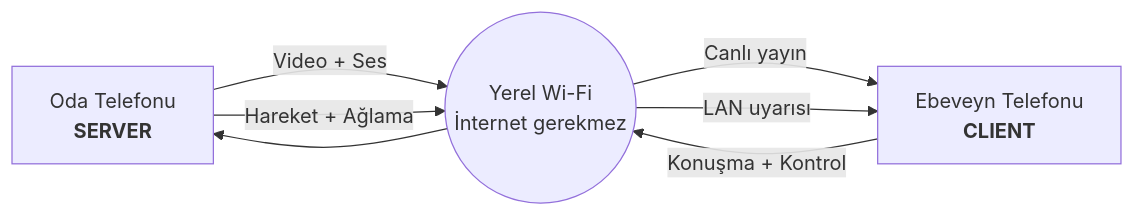
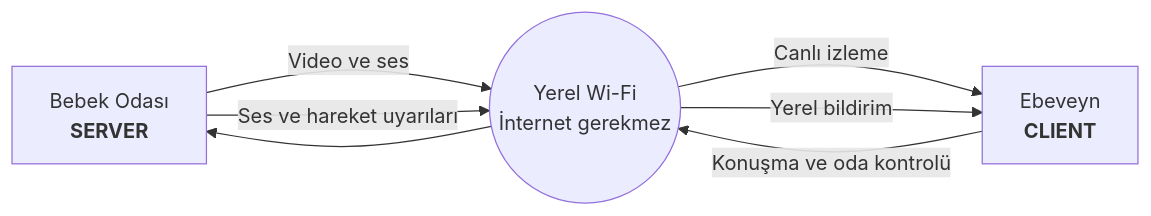
One commit to TunahanCan/babycam changed the diagram in README.md. Above: the diagram before and after it, drawn with Mermaid. The commit also changed other lines of this file and 4 other files, not shown here.

````diff
--- a/README.md
+++ b/README.md
@@ -41,13 +44,13 @@
 ```mermaid
 flowchart LR
-    S["Oda Telefonu<br/><b>SERVER</b>"]
-    W(("Yerel Wi-Fi<br/>İnternet gerekmez"))
-    C["Ebeveyn Telefonu<br/><b>CLIENT</b>"]
+    S["Bebek Odası<br/><b>SERVER</b>"]
+    L(("Yerel Wi-Fi<br/>İnternet gerekmez"))
+    C["Ebeveyn<br/><b>CLIENT</b>"]
 
-    S -->|"Video + Ses"| W
-    W -->|"Canlı yayın"| C
-    S -->|"Hareket + Ağlama"| W
-    W -->|"LAN uyarısı"| C
-    C -->|"Konuşma + Kontrol"| W
-    W --> S
+    S -->|Video ve ses| L
+    L -->|Canlı izleme| C
+    S -->|Ses ve hareket uyarıları| L
+    L -->|Yerel bildirim| C
+    C -->|Konuşma ve oda kontrolü| L
+    L --> S
 ```
````
